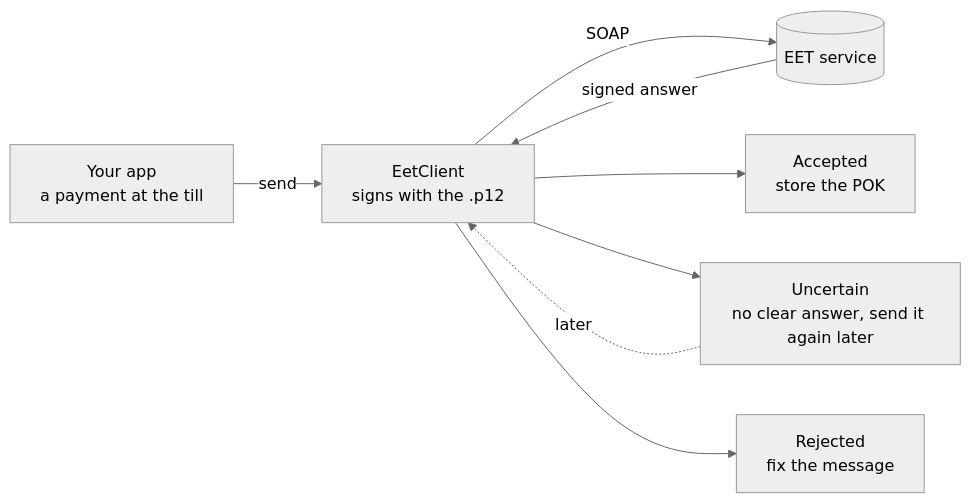
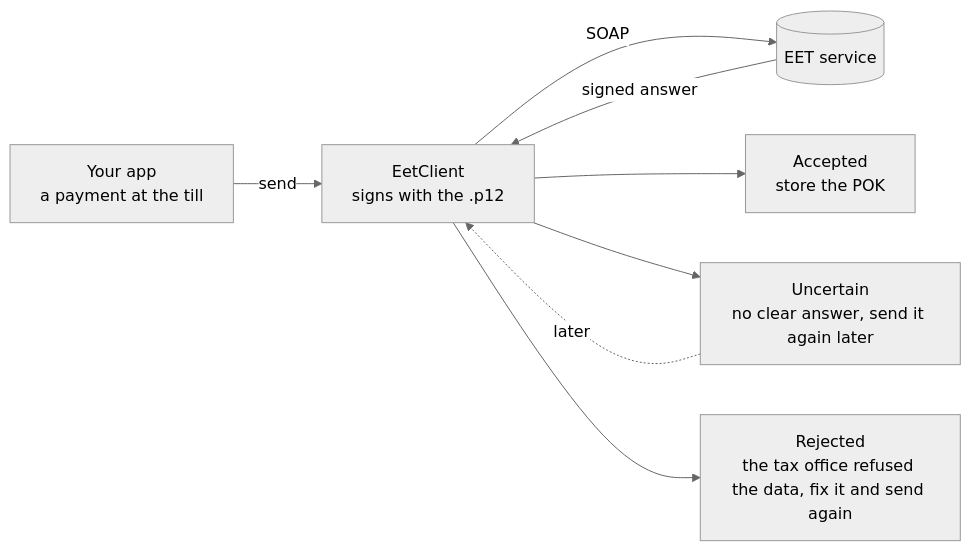
Before and after one commit to landsman/eet-client: the diagram in README.md, drawn with Mermaid (neutral theme).

Commit message:
docs: say what a rejected result means on the diagram

````diff
--- a/README.md
+++ b/README.md
@@ -8,10 +8,10 @@
 ```mermaid
 flowchart LR
     app["Your app<br/>a payment at the till"] -->|send| client["EetClient<br/>signs with the .p12"]
     client -->|SOAP| eet[("EET service")]
     eet -->|signed answer| client
     client --> accepted["Accepted<br/>store the POK"]
     client --> uncertain["Uncertain<br/>no clear answer, send it again later"]
-    client --> rejected["Rejected<br/>fix the message"]
+    client --> rejected["Rejected<br/>the tax office refused the data, fix it and send again"]
     uncertain -.->|later| client
 ```
````
